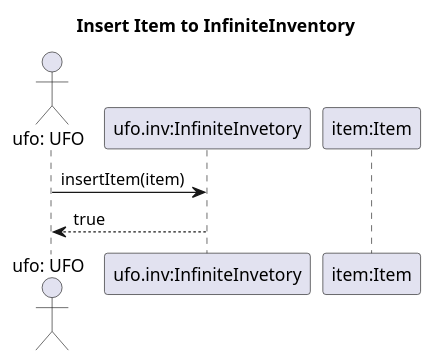
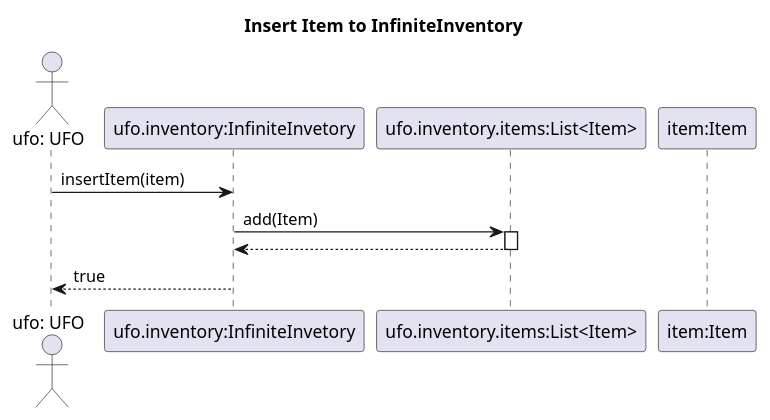
Before and after one commit to viseguard-studios/Documentation: the diagram in docs/bead07/Diagrams/Inventory/InsertItemtoInfinite.puml, drawn with PlantUML. The commit also changed 1 other file, not shown here.

```diff
--- a/docs/bead07/Diagrams/Inventory/InsertItemtoInfinite.puml
+++ b/docs/bead07/Diagrams/Inventory/InsertItemtoInfinite.puml
@@ -1,15 +1,20 @@
 @startuml
 
 
 title Insert Item to InfiniteInventory
 
 actor ufo as "ufo: UFO"
 
-participant inv as "ufo.inv:InfiniteInvetory"
+participant inv as "ufo.inventory:InfiniteInvetory"
+participant list as "ufo.inventory.items:List<Item>"
 participant item as "item:Item"
 
 ufo -> inv: insertItem(item)
 
+inv -> list : add(Item)
+activate list
+list --> inv
+deactivate
 inv --> ufo : true
 
 @enduml
```
